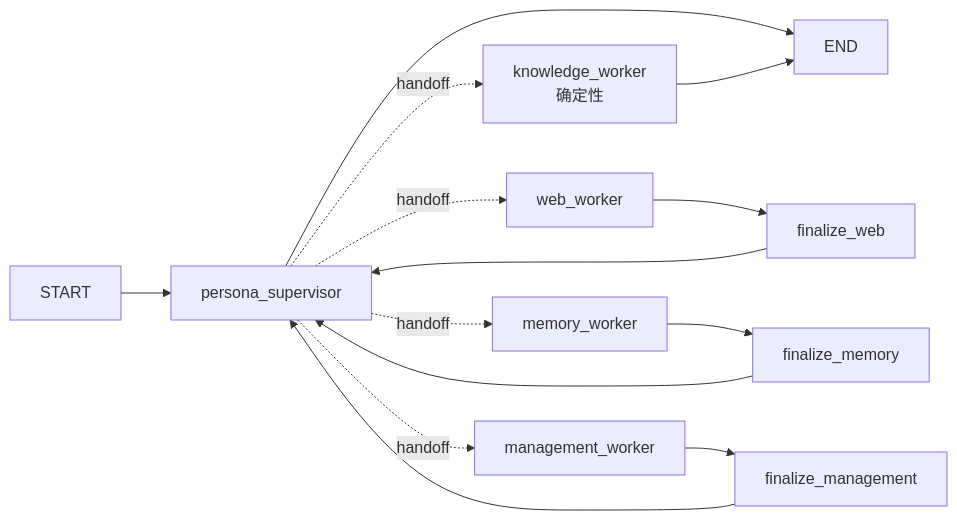
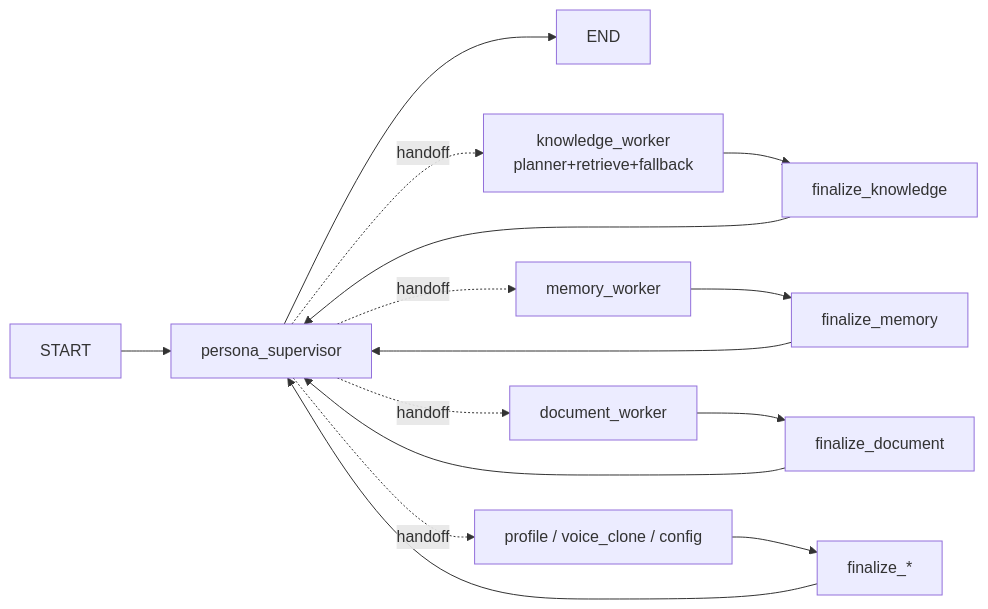
Before and after one commit to TKGEKKOU/yumeno: the fourth of 12 diagrams in docs/architecture/YUMENO-project-deep-dive.md, drawn with Mermaid. The commit also changed other lines of this file and 301 other files, not shown here.

````diff
--- a/docs/architecture/YUMENO-project-deep-dive.md
+++ b/docs/architecture/YUMENO-project-deep-dive.md
@@ -299,13 +303,13 @@
 ```mermaid
 flowchart LR
     START --> SUP["persona_supervisor"]
     SUP --> END
-    SUP -. handoff .-> K["knowledge_worker\n确定性"]
-    K --> END
-    SUP -. handoff .-> W["web_worker"]
-    W --> FW["finalize_web"] --> SUP
+    SUP -. handoff .-> K["knowledge_worker\nplanner+retrieve+fallback"]
+    K --> FK["finalize_knowledge"] --> SUP
     SUP -. handoff .-> M["memory_worker"]
     M --> FM["finalize_memory"] --> SUP
-    SUP -. handoff .-> G["management_worker"]
-    G --> FG["finalize_management"] --> SUP
+    SUP -. handoff .-> D["document_worker"]
+    D --> FD["finalize_document"] --> SUP
+    SUP -. handoff .-> P["profile / voice_clone / config"]
+    P --> FP["finalize_*"] --> SUP
 ```
````
